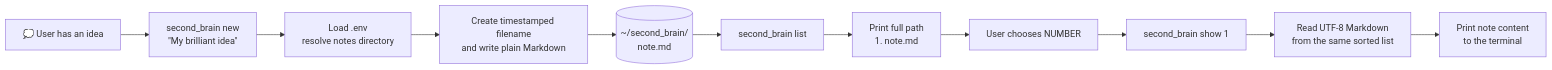
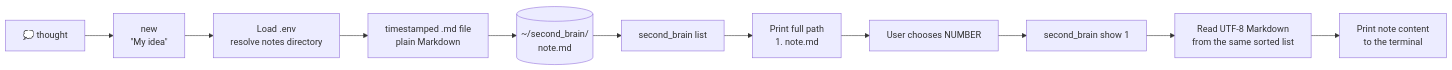
One commit to techieeliot/second-brain changed the third of 3 diagrams in docs/ARCH-001-app-flowcharts.md. Above: the diagram before and after it, drawn with Mermaid. The commit also changed other lines of this file and 1 other file, not shown here.

Commit message:
Refactor flowcharts in documentation for improved clarity and structure

````diff
--- a/docs/ARCH-001-app-flowcharts.md
+++ b/docs/ARCH-001-app-flowcharts.md
@@ -82,14 +95,14 @@
 ```mermaid
 flowchart LR
-    Thought["💭 User has an idea"] --> NewCmd["second_brain new<br/>&quot;My brilliant idea&quot;"]
+    Thought["💭 thought"] --> NewCmd["new<br/>&quot;My idea&quot;"]
     NewCmd --> LoadEnv["Load .env<br/>resolve notes directory"]
-    LoadEnv --> Create["Create timestamped filename<br/>and write plain Markdown"]
+    LoadEnv --> Create["timestamped .md file<br/>plain Markdown"]
     Create --> Saved[("~/second_brain/<br/>note.md")]
 
     Saved --> ListCmd["second_brain list"]
     ListCmd --> Index["Print full path<br/>1. note.md"]
     Index --> Choice["User chooses NUMBER"]
     Choice --> ShowCmd["second_brain show 1"]
     ShowCmd --> Read["Read UTF-8 Markdown<br/>from the same sorted list"]
     Read --> Terminal["Print note content<br/>to the terminal"]
 ```
````
